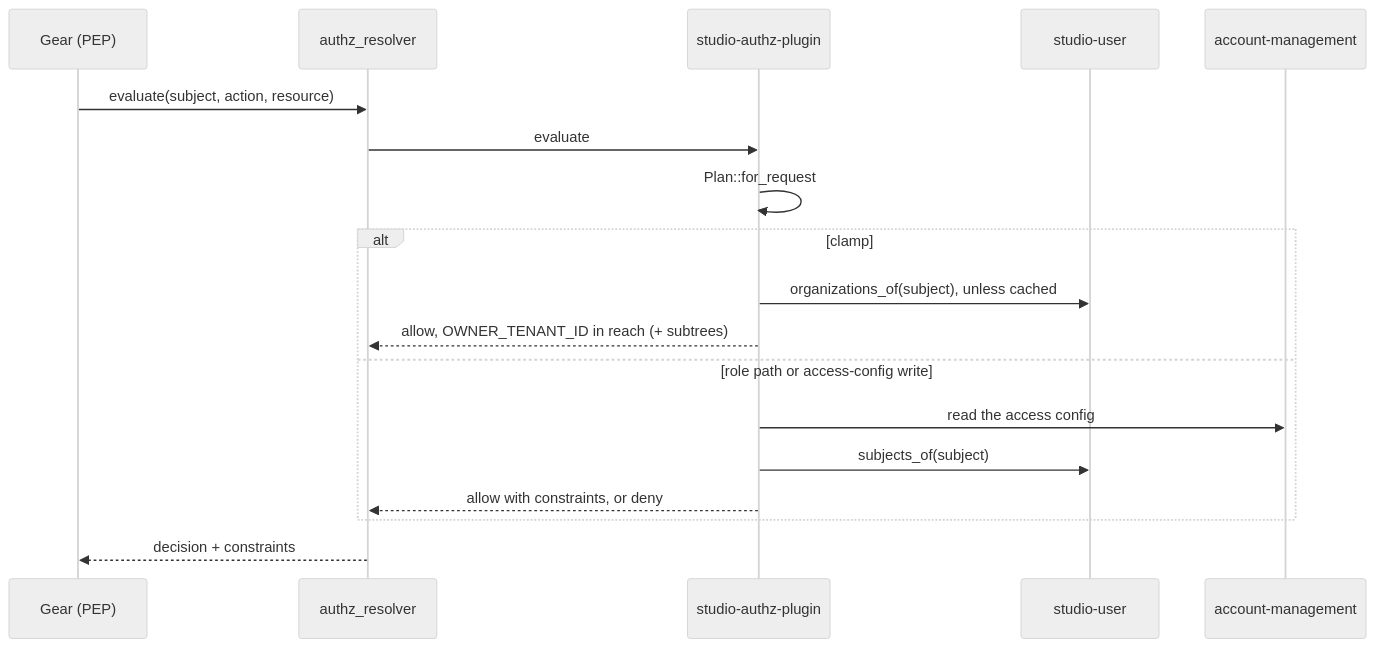
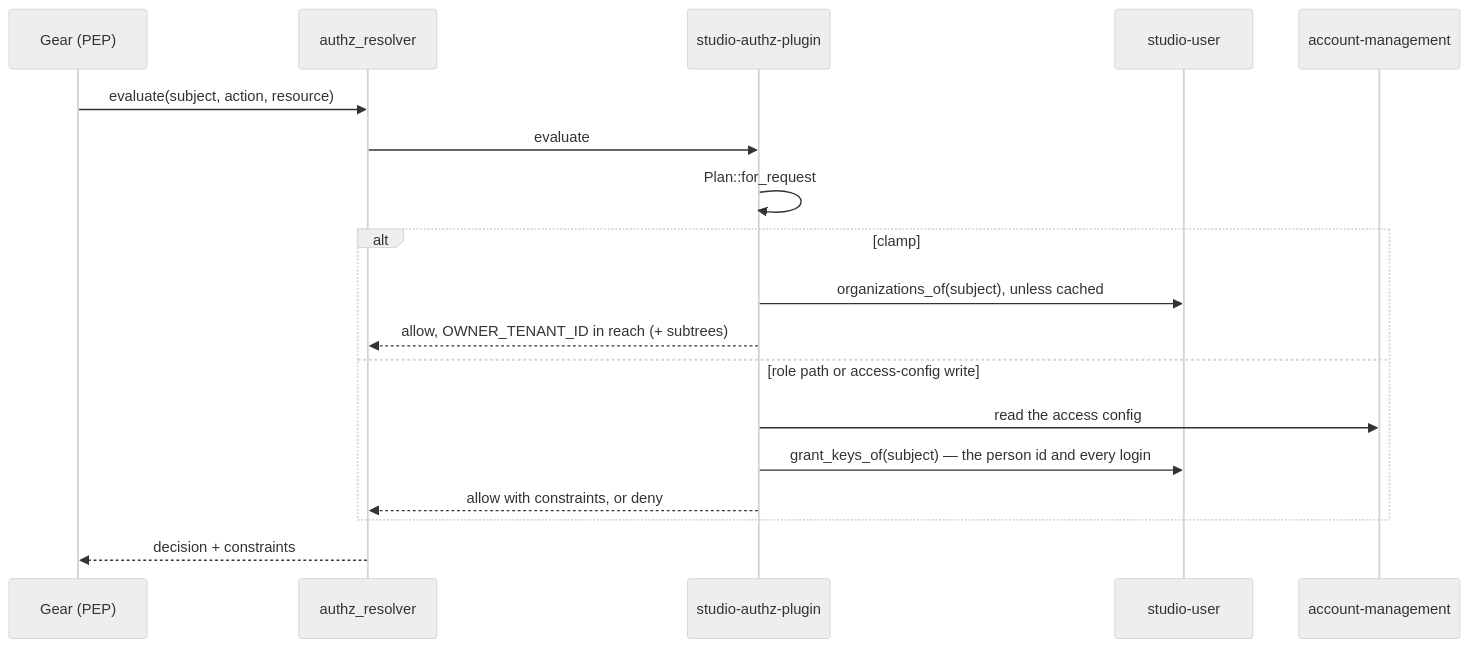
Before and after one commit to AndrejK666/studio-web: the diagram in docs/design/studio-authz-plugin.md, drawn with Mermaid (neutral theme). The commit also changed other lines of this file and 92 other files, not shown here.

````diff
--- a/docs/design/studio-authz-plugin.md
+++ b/docs/design/studio-authz-plugin.md
@@ -229,20 +230,20 @@
 ```mermaid
 sequenceDiagram
     participant PEP as Gear (PEP)
     participant R as authz_resolver
     participant P as studio-authz-plugin
     participant U as studio-user
     participant AM as account-management
     PEP->>R: evaluate(subject, action, resource)
     R->>P: evaluate
     P->>P: Plan::for_request
     alt clamp
         P->>U: organizations_of(subject), unless cached
         P-->>R: allow, OWNER_TENANT_ID in reach (+ subtrees)
     else role path or access-config write
         P->>AM: read the access config
-        P->>U: subjects_of(subject)
+        P->>U: grant_keys_of(subject) — the person id and every login
         P-->>R: allow with constraints, or deny
     end
     R-->>PEP: decision + constraints
 ```
````
